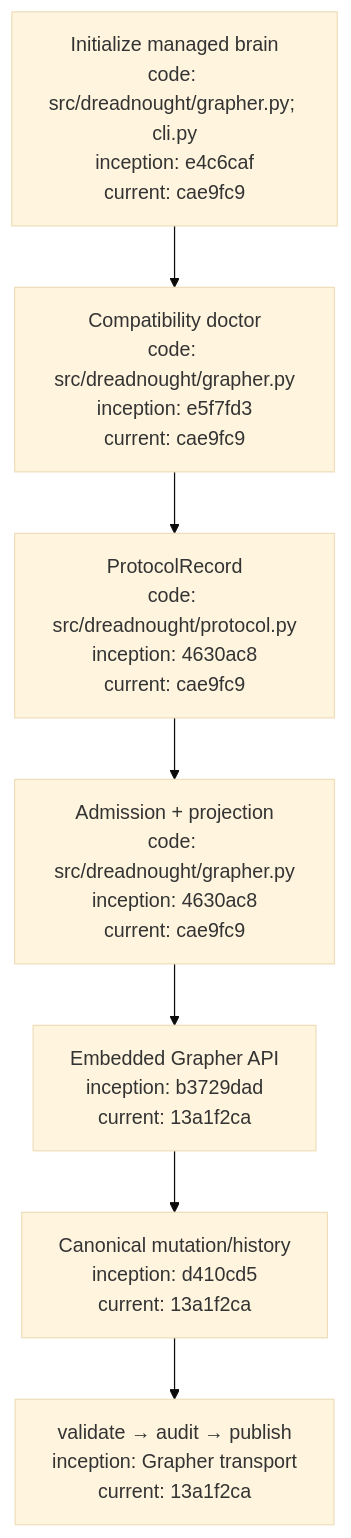
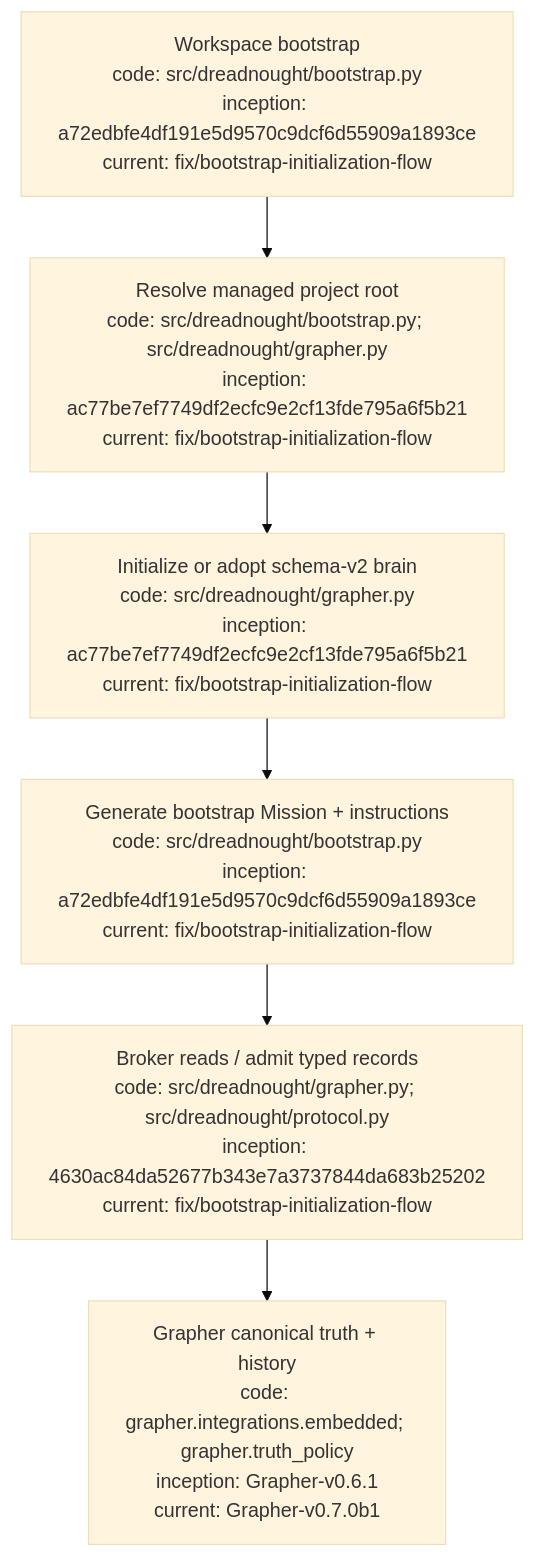
Before and after one commit to seanbman/dreadnought: the second of 2 diagrams in docs/GRAPHER_INTEGRATION.md, drawn with Mermaid (base theme). The commit also changed other lines of this file, not shown here.

Commit message:
docs: align Grapher integration with workspace bootstrap

````diff
--- a/docs/GRAPHER_INTEGRATION.md
+++ b/docs/GRAPHER_INTEGRATION.md
@@ -78,9 +113,8 @@
 ```mermaid
 flowchart TD
-    I["Initialize managed brain\ncode: src/dreadnought/grapher.py; cli.py\ninception: e4c6caf\ncurrent: cae9fc9"] --> C["Compatibility doctor\ncode: src/dreadnought/grapher.py\ninception: e5f7fd3\ncurrent: cae9fc9"]
-    C --> P["ProtocolRecord\ncode: src/dreadnought/protocol.py\ninception: 4630ac8\ncurrent: cae9fc9"]
-    P --> V["Admission + projection\ncode: src/dreadnought/grapher.py\ninception: 4630ac8\ncurrent: cae9fc9"]
-    V --> E["Embedded Grapher API\ninception: b3729dad\ncurrent: 13a1f2ca"]
-    E --> M["Canonical mutation/history\ninception: d410cd5\ncurrent: 13a1f2ca"]
-    M --> S["validate → audit → publish\ninception: Grapher transport\ncurrent: 13a1f2ca"]
+    I["Workspace bootstrap\ncode: src/dreadnought/bootstrap.py\ninception: a72edbfe4df191e5d9570c9dcf6d55909a1893ce\ncurrent: fix/bootstrap-initialization-flow"] --> R["Resolve managed project root\ncode: src/dreadnought/bootstrap.py; src/dreadnought/grapher.py\ninception: ac77be7ef7749df2ecfc9e2cf13fde795a6f5b21\ncurrent: fix/bootstrap-initialization-flow"]
+    R --> A["Initialize or adopt schema-v2 brain\ncode: src/dreadnought/grapher.py\ninception: ac77be7ef7749df2ecfc9e2cf13fde795a6f5b21\ncurrent: fix/bootstrap-initialization-flow"]
+    A --> M["Generate bootstrap Mission + instructions\ncode: src/dreadnought/bootstrap.py\ninception: a72edbfe4df191e5d9570c9dcf6d55909a1893ce\ncurrent: fix/bootstrap-initialization-flow"]
+    M --> Q["Broker reads / admit typed records\ncode: src/dreadnought/grapher.py; src/dreadnought/protocol.py\ninception: 4630ac84da52677b343e7a3737844da683b25202\ncurrent: fix/bootstrap-initialization-flow"]
+    Q --> G["Grapher canonical truth + history\ncode: grapher.integrations.embedded; grapher.truth_policy\ninception: Grapher-v0.6.1\ncurrent: Grapher-v0.7.0b1"]
 ```
````
